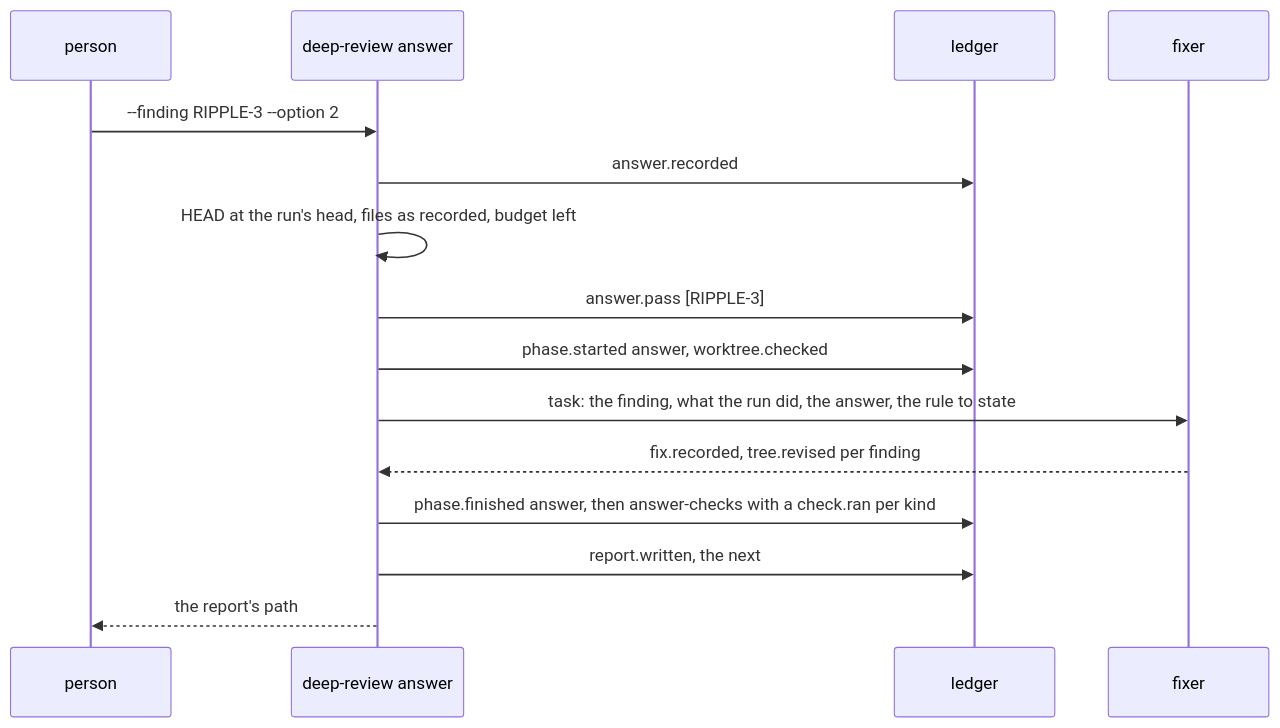
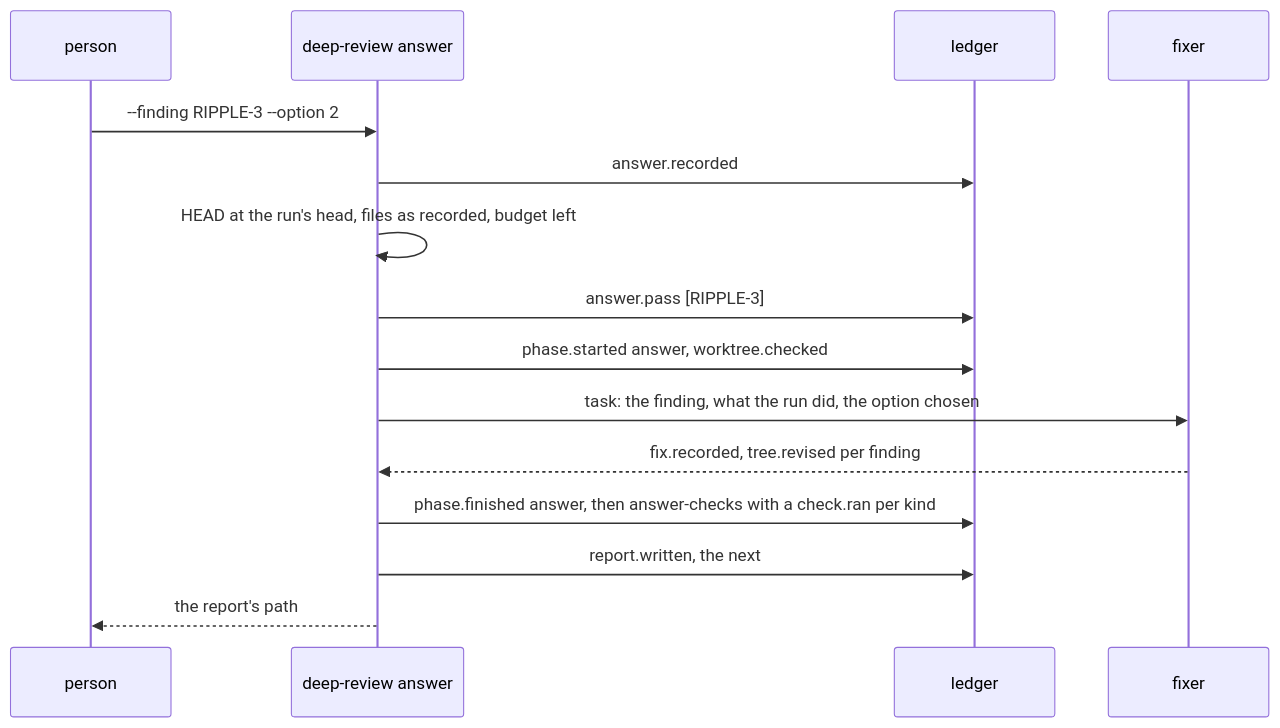
The second of 2 diagrams in docs/changes/2026-10-11-answers.design.md (josephjang/deep-review), drawn with Mermaid before and after one commit. The commit also changed other lines of this file and 1 other file, not shown here.

````diff
--- a/docs/changes/2026-10-11-answers.design.md
+++ b/docs/changes/2026-10-11-answers.design.md
@@ -343,17 +381,17 @@
 ```mermaid
 sequenceDiagram
   participant P as person
   participant A as deep-review answer
   participant L as ledger
   participant F as fixer
   P->>A: --finding RIPPLE-3 --option 2
   A->>L: answer.recorded
   A->>A: HEAD at the run's head, files as recorded, budget left
   A->>L: answer.pass [RIPPLE-3]
   A->>L: phase.started answer, worktree.checked
-  A->>F: task: the finding, what the run did, the answer, the rule to state
+  A->>F: task: the finding, what the run did, the option chosen
   F-->>A: fix.recorded, tree.revised per finding
   A->>L: phase.finished answer, then answer-checks with a check.ran per kind
   A->>L: report.written, the next
   A-->>P: the report's path
 ```
````
